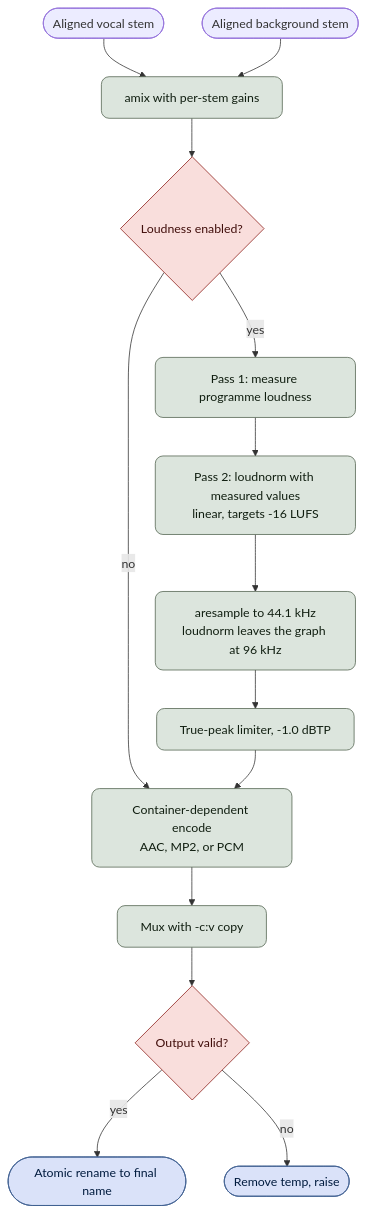
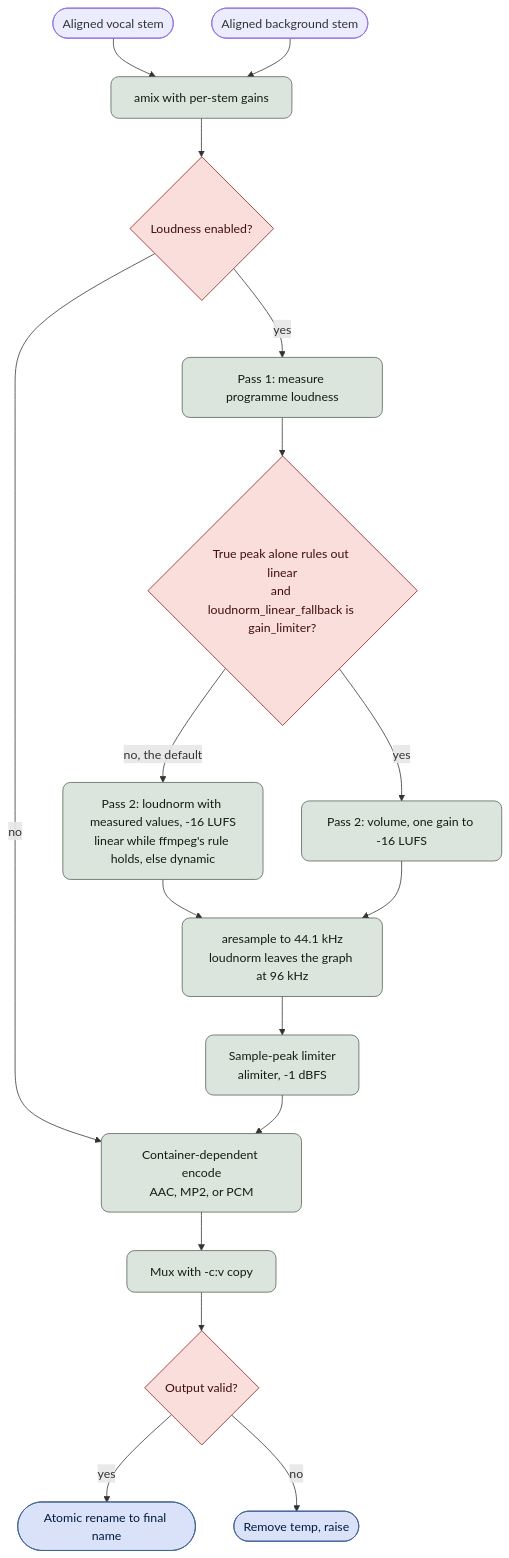
The fourth of 13 diagrams in docs/architecture.md (ventura8/AI-Hybrid-VHS-Audio-Restorer), drawn with Mermaid before and after one commit. The commit also changed other lines of this file and 111 other files, not shown here.

````diff
--- a/docs/architecture.md
+++ b/docs/architecture.md
@@ -184,20 +184,23 @@
 ```mermaid
 flowchart TD
     classDef step fill:#DCE5DD,stroke:#526350,color:#101E10,rx:10,ry:10;
     classDef io fill:#DAE2F9,stroke:#3F5F91,color:#001B3E,rx:30,ry:30;
     classDef gate fill:#F9DEDC,stroke:#8C1D18,color:#410E0B,rx:6,ry:6;
 
     S1(["Aligned vocal stem"]) --> MIX["amix with per-stem gains"]:::step
     S2(["Aligned background stem"]) --> MIX
     MIX --> LN{"Loudness enabled?"}:::gate
     LN -->|yes| P1["Pass 1: measure programme loudness"]:::step
-    P1 --> P2["Pass 2: loudnorm with measured values<br/>linear, targets -16 LUFS"]:::step
+    P1 --> FB{"True peak alone rules out linear<br/>and loudnorm_linear_fallback is gain_limiter?"}:::gate
+    FB -->|no, the default| P2["Pass 2: loudnorm with measured values, -16 LUFS<br/>linear while ffmpeg's rule holds, else dynamic"]:::step
+    FB -->|yes| VOL["Pass 2: volume, one gain to -16 LUFS"]:::step
     P2 --> RS["aresample to 44.1 kHz<br/>loudnorm leaves the graph at 96 kHz"]:::step
-    RS --> LIM["True-peak limiter, -1.0 dBTP"]:::step
+    VOL --> RS
+    RS --> LIM["Sample-peak limiter<br/>alimiter, -1 dBFS"]:::step
     LN -->|no| ENC
     LIM --> ENC["Container-dependent encode<br/>AAC, MP2, or PCM"]:::step
     ENC --> MUX["Mux with -c:v copy"]:::step
     MUX --> VAL{"Output valid?"}:::gate
     VAL -->|yes| OUT(["Atomic rename to final name"]):::io
     VAL -->|no| ERR(["Remove temp, raise"]):::io
 ```
````
